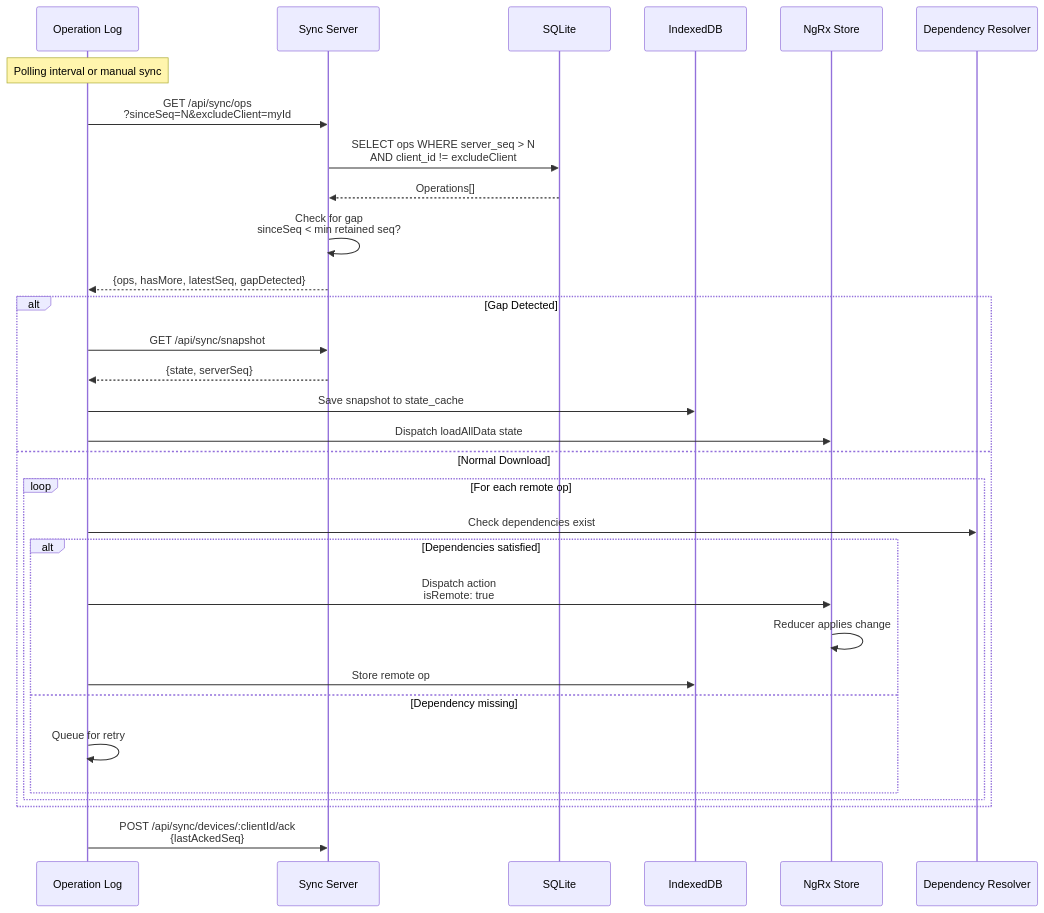
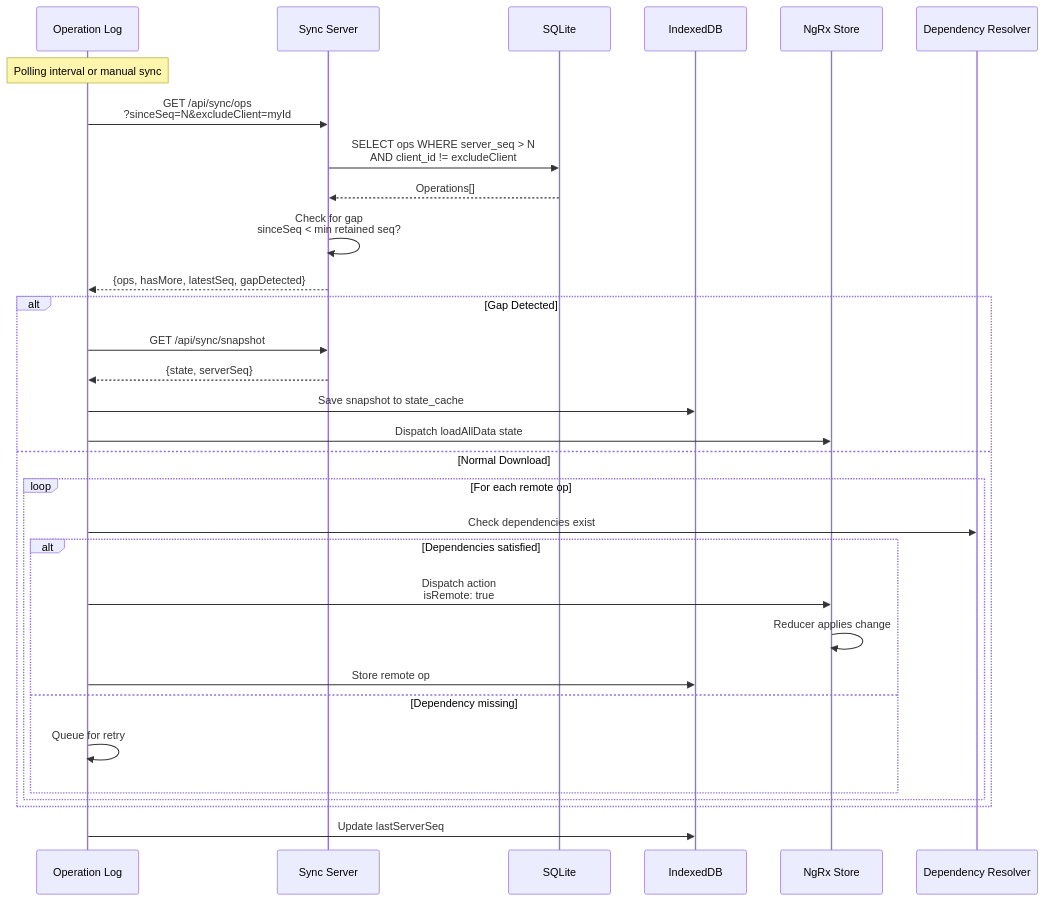
One commit to johannesjo/super-productivity changed diagram 24 of 26 in packages/super-sync-server/sync-server-architecture-diagrams.md. Above: the diagram before and after it, drawn with Mermaid. The commit also changed other lines of this file and 12 other files, not shown here.

First line of the commit message:
refactor(sync): remove ACK mechanism, simplify to time-based cleanup

````diff
--- a/packages/super-sync-server/sync-server-architecture-diagrams.md
+++ b/packages/super-sync-server/sync-server-architecture-diagrams.md
@@ -836,38 +807,38 @@
 ```mermaid
 sequenceDiagram
     participant OpLog as Operation Log
     participant Server as Sync Server
     participant DB as SQLite
     participant IDB as IndexedDB
     participant NgRx as NgRx Store
     participant DepRes as Dependency Resolver
 
     Note over OpLog: Polling interval or manual sync
 
     OpLog->>Server: GET /api/sync/ops<br/>?sinceSeq=N&excludeClient=myId
 
     Server->>DB: SELECT ops WHERE server_seq > N<br/>AND client_id != excludeClient
     DB-->>Server: Operations[]
     Server->>Server: Check for gap<br/>sinceSeq < min retained seq?
     Server-->>OpLog: {ops, hasMore, latestSeq, gapDetected}
 
     alt Gap Detected
         OpLog->>Server: GET /api/sync/snapshot
         Server-->>OpLog: {state, serverSeq}
         OpLog->>IDB: Save snapshot to state_cache
         OpLog->>NgRx: Dispatch loadAllData state
     else Normal Download
         loop For each remote op
             OpLog->>DepRes: Check dependencies exist
             alt Dependencies satisfied
                 OpLog->>NgRx: Dispatch action<br/>isRemote: true
                 NgRx->>NgRx: Reducer applies change
                 OpLog->>IDB: Store remote op
             else Dependency missing
                 OpLog->>OpLog: Queue for retry
             end
         end
     end
 
-    OpLog->>Server: POST /api/sync/devices/:clientId/ack<br/>{lastAckedSeq}
+    OpLog->>IDB: Update lastServerSeq
 ```
````
